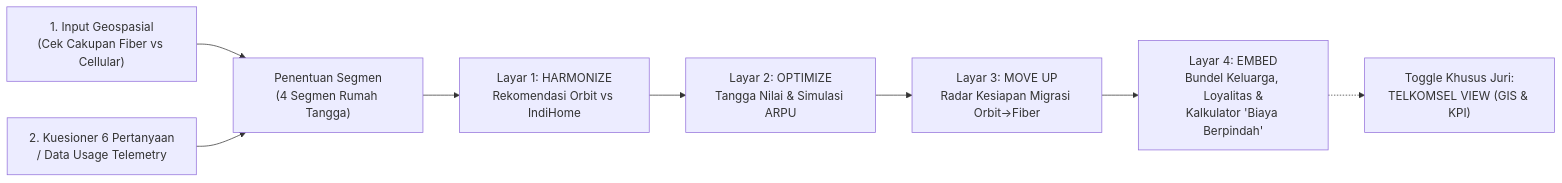
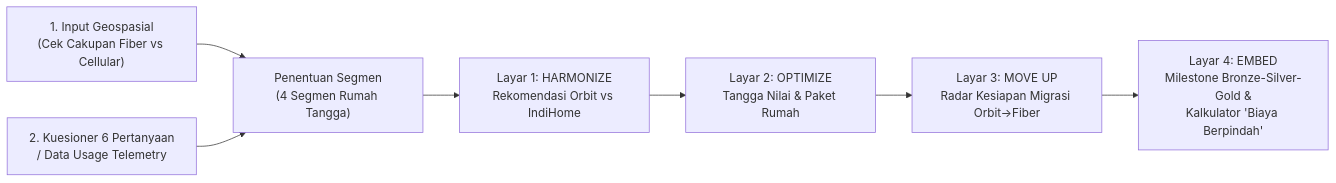
One commit to brenandapamudya1/DWDG-Minicase changed the diagram in report/Software_Proposed_Idea.md. Above: the diagram before and after it, drawn with Mermaid. The commit also changed other lines of this file and 23 other files, not shown here.

````diff
--- a/report/Software_Proposed_Idea.md
+++ b/report/Software_Proposed_Idea.md
@@ -18,9 +18,8 @@
 ```mermaid
 flowchart LR
     LOC["1. Input Geospasial<br/>(Cek Cakupan Fiber vs Cellular)"] & QUIZ["2. Kuesioner 6 Pertanyaan<br/>/ Data Usage Telemetry"] --> SEG["Penentuan Segmen<br/>(4 Segmen Rumah Tangga)"]
     SEG --> L1["Layar 1: HARMONIZE<br/>Rekomendasi Orbit vs IndiHome"]
-    L1 --> L2["Layar 2: OPTIMIZE<br/>Tangga Nilai & Simulasi ARPU"]
+    L1 --> L2["Layar 2: OPTIMIZE<br/>Tangga Nilai & Paket Rumah"]
     L2 --> L3["Layar 3: MOVE UP<br/>Radar Kesiapan Migrasi Orbit->Fiber"]
-    L3 --> L4["Layar 4: EMBED<br/>Bundel Keluarga, Loyalitas &<br/>Kalkulator 'Biaya Berpindah'"]
-    L4 -.-> B2B["Toggle Khusus Juri:<br/>TELKOMSEL VIEW (GIS & KPI)"]
+    L3 --> L4["Layar 4: EMBED<br/>Milestone Bronze-Silver-Gold &<br/>Kalkulator 'Biaya Berpindah'"]
 ```
````
